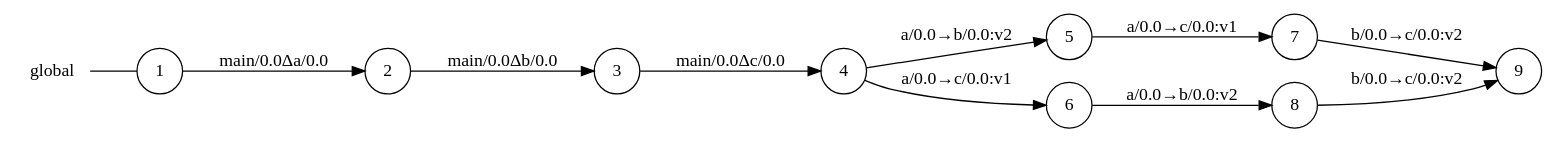
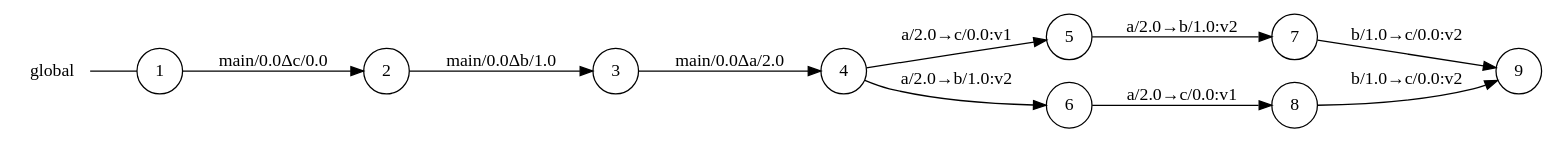
One commit to gabrielegenovese/chorer changed the diagram in examples/trick/main_0_global_view.dot. Above: the diagram before and after it, drawn with Graphviz. The commit also changed 64 other files, not shown here.

```diff
--- a/examples/trick/main_0_global_view.dot
+++ b/examples/trick/main_0_global_view.dot
@@ -1,24 +1,24 @@
 digraph global {
 	rankdir="LR";
 	n_0 [label="global", shape="plaintext"];
 	n_1 [id="5", shape=circle, label="5"];
 	n_2 [id="6", shape=circle, label="6"];
 	n_3 [id="1", shape=circle, label="1"];
 	n_0 -> n_3 [arrowhead=none];
 	n_4 [id="9", shape=circle, label="9"];
 	n_5 [id="2", shape=circle, label="2"];
 	n_6 [id="8", shape=circle, label="8"];
 	n_7 [id="4", shape=circle, label="4"];
 	n_8 [id="7", shape=circle, label="7"];
 	n_9 [id="3", shape=circle, label="3"];
 
-	n_7 -> n_1 [id="[$e|3]", label="a/0.0→b/0.0:v2"];
-	n_2 -> n_6 [id="[$e|6]", label="a/0.0→b/0.0:v2"];
-	n_9 -> n_7 [id="[$e|2]", label="main/0.0Δc/0.0"];
-	n_6 -> n_4 [id="[$e|8]", label="b/0.0→c/0.0:v2"];
-	n_3 -> n_5 [id="[$e|0]", label="main/0.0Δa/0.0"];
-	n_5 -> n_9 [id="[$e|1]", label="main/0.0Δb/0.0"];
-	n_8 -> n_4 [id="[$e|7]", label="b/0.0→c/0.0:v2"];
-	n_7 -> n_2 [id="[$e|4]", label="a/0.0→c/0.0:v1"];
-	n_1 -> n_8 [id="[$e|5]", label="a/0.0→c/0.0:v1"];
+	n_1 -> n_8 [id="[$e|5]", label="a/2.0→b/1.0:v2"];
+	n_3 -> n_5 [id="[$e|0]", label="main/0.0Δc/0.0"];
+	n_2 -> n_6 [id="[$e|6]", label="a/2.0→c/0.0:v1"];
+	n_7 -> n_1 [id="[$e|3]", label="a/2.0→c/0.0:v1"];
+	n_9 -> n_7 [id="[$e|2]", label="main/0.0Δa/2.0"];
+	n_8 -> n_4 [id="[$e|7]", label="b/1.0→c/0.0:v2"];
+	n_7 -> n_2 [id="[$e|4]", label="a/2.0→b/1.0:v2"];
+	n_6 -> n_4 [id="[$e|8]", label="b/1.0→c/0.0:v2"];
+	n_5 -> n_9 [id="[$e|1]", label="main/0.0Δb/1.0"];
 }
```
